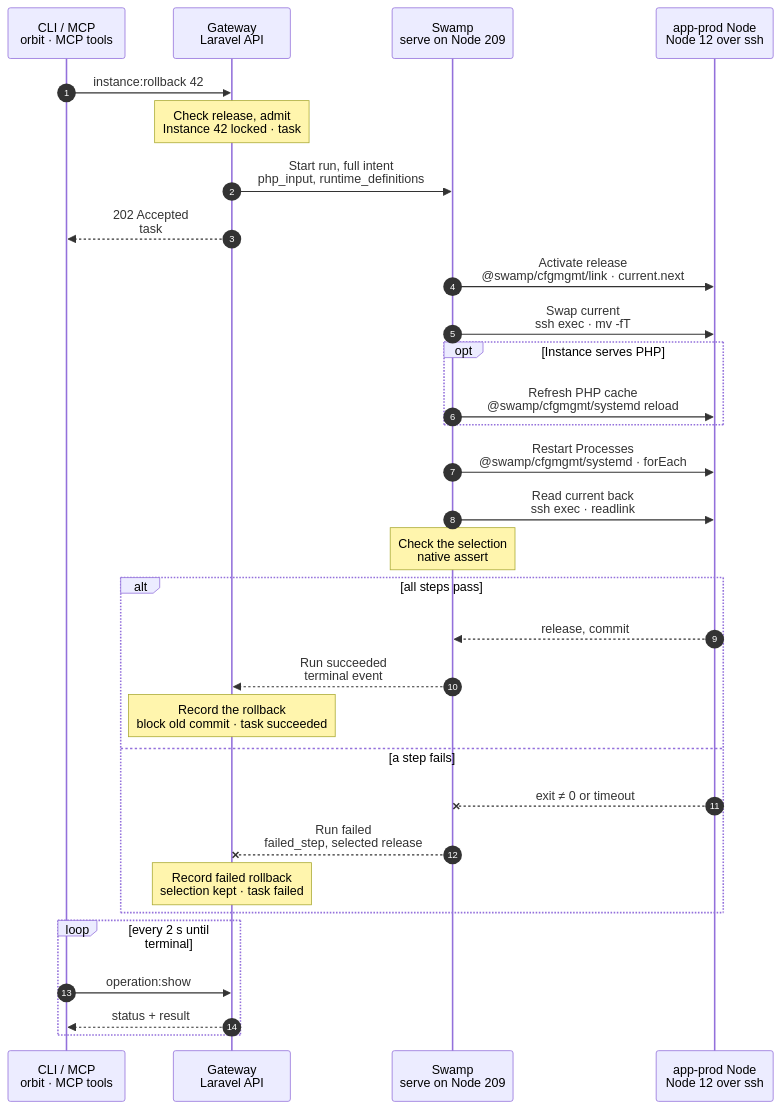
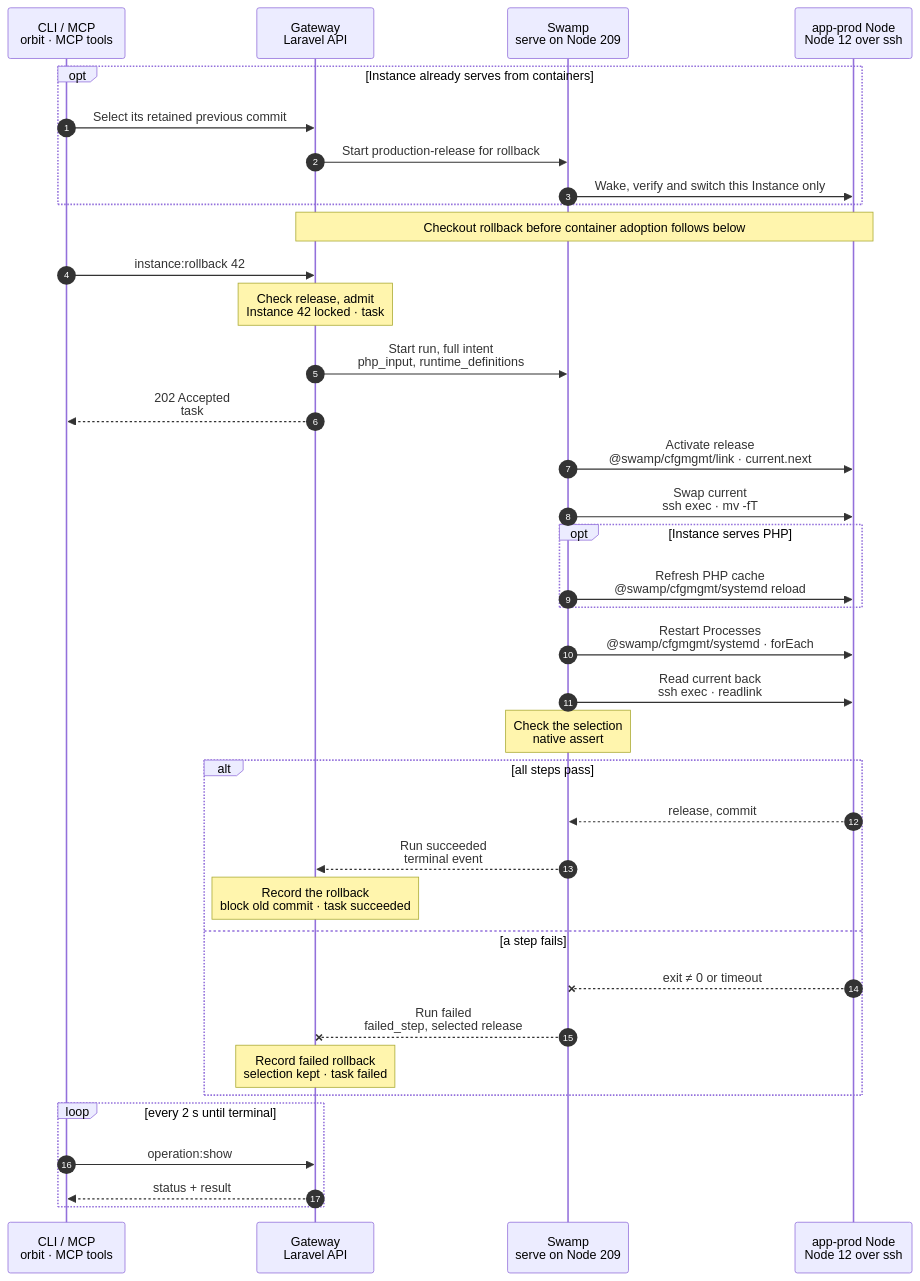
One commit to hardimpactdev/orbit changed the diagram in docs/cli/instance/rollback.mmd. Above: the diagram before and after it, drawn with Mermaid. The commit also changed 28 other files, not shown here.

```diff
--- a/docs/cli/instance/rollback.mmd
+++ b/docs/cli/instance/rollback.mmd
@@ -1,133 +1,140 @@
 sequenceDiagram
   %% Target design: ADR 0244 task + full intent as inputs, single-swamp-node; DECISIONS 4 / R1-R4 (process.stop shape), round 2 (admit instead of refuse; php_input and runtime_definitions as inputs), 3 (rollback removes the auto-deploy schedule); rule 7 (reload over restart, restart_on_deploy only). docs/reference/deployments.md#roll-back.
   %% Tightened: flow-tighten 2026-11-02, rules 5, 16, 22 (no release read: the Gateway records retained releases and holds the Instance lock; cfgmgmt link/systemd).
   %% status: migrated
   %% command: instance:rollback
   %% kind: instance.rollback
   autonumber
   %% lane CLI icon=terminal pill=caller tone=gray
   %% lane GW icon=gateway pill=intent tone=blue
   %% lane SW icon=workflow pill=executes tone=green
   %% lane N icon=server pill=target tone=amber
   participant CLI as CLI / MCP<br/>orbit · MCP tools
   participant GW as Gateway<br/>Laravel API
   participant SW as Swamp<br/>serve on Node 209
   participant N as app-prod Node<br/>Node 12 over ssh
+  opt Instance already serves from containers
+    CLI->>GW: Select its retained previous commit
+    GW->>SW: Start production-release for rollback
+    SW->>N: Wake, verify and switch this Instance only
+    %%> Full flow: /cli/instance/container/rollback-production
+  end
+  Note over GW,N: Checkout rollback before container adoption follows below
   CLI->>GW: instance:rollback 42
   %%> Command:
   %%> - `orbit instance:rollback 42 --release=20261030T101500Z`
   %%> - syntax: `<instance> --release=NAME [--idempotency-key=KEY] [--json]`
   %%> Input:
   %%> - the Instance, and one retained release name from `instance:release:list 42`
   %%> Who can call it:
   %%> - the `orbit` CLI and the MCP tool send the same request
   %%> Required input:
   %%> - `--release=NAME` is mandatory; omission returns `deployment.release_required` before admission
   Note over GW: Check release, admit<br/>Instance 42 locked · task #5151
   %%> Requirements:
   %%> - your Node has an access grant to Node 12
   %%> - Instance 42 is a production Instance; else `deployment_config.unavailable`
   %%> - Instance 42 retains release `20261030T101500Z`; else `rollback.release_not_retained` and nothing changes
   %%> - no started operation holds Instance 42; else `operation.target_busy`
   %%> Wins over:
   %%> - a deploy that no worker has started; it ends `cancelled` with `operation.superseded`
   %%> Freezes:
   %%> - `php_input`: the PHP runtime and pool of Instance 42
   %%> - `runtime_definitions`: its Process and Schedule definitions
   %%> - the account `orbit-app-7` and its home
   %%> Result:
   %%> - deployment 89 recorded as a running rollback; task #5151 recorded with the full intent
   %%> - automatic deployment pauses, and its schedule is removed
   GW->>SW: Start run, full intent<br/>php_input, runtime_definitions
   %%> What it does:
   %%> - starts one run of `operation-instance-rollback` on Swamp serve (Node 209); every step runs there
   %%> Inputs:
   %%> - Node 12's address and SSH host keys; the SSH identity comes from the `swamp` role
   %%> - the release name, `php_input` and `runtime_definitions`
   %%> Not included:
   %%> - no GitHub token and no `.env`: a rollback fetches nothing and writes no environment
   %%> Budget:
   %%> - 900 s
   GW-->>CLI: 202 Accepted<br/>task #5151
   %%> What you get:
   %%> - the task number, at once
   %%> Next:
   %%> - the CLI follows the task until it ends
   SW->>N: Activate release<br/>@swamp/cfgmgmt/link · current.next
   %%> How:
   %%> - Swamp reaches Node 12 over `@swamp/ssh` from 209 with `@swamp/cfgmgmt/link`; nothing is copied to the Node
   %%> Why no read first:
   %%> - the Gateway's retained-release records come from deploy results, and Instance 42's lock keeps a deploy's cleanup from removing the release meanwhile
   %%> What it does:
   %%> - adds each served application's missing `.env` link in the release
   %%> - writes `current.next`, owned by `orbit-app-7`, pointing at `releases/20261030T101500Z`
   %%> When a link fails:
   %%> - `current.next` is not written, and `current` keeps the old release
   SW->>N: Swap current<br/>ssh exec · mv -fT
   %%> What it does:
   %%> - renames `current.next` over `current` with one atomic rename, so `current` always exists
   %%> - the link keeps its owner
   %%> Cancel:
   %%> - a cancel before this step stops the rollback; after it, the rollback finishes
   opt Instance serves PHP
     SW->>N: Refresh PHP cache<br/>@swamp/cfgmgmt/systemd reload
     %%> What it does:
     %%> - converges the dedicated PHP-FPM pool from `php_input`
     %%> - reloads it gracefully, so running requests finish; then resets OPcache and waits for it
     %%> When a restart is needed:
     %%> - only when the pool's runtime itself differs, such as the PHP version
   end
   SW->>N: Restart Processes<br/>@swamp/cfgmgmt/systemd · forEach
   %%> What it does:
   %%> - installs `runtime_definitions`, in the `process.create` and `schedule.create` shape
   %%> - for each running Process with `restart_on_deploy`: reload when the Process allows it, else restart
   %%> Not included:
   %%> - Processes without `restart_on_deploy`, and stopped Processes, stay as they are
   %%> - no deploy step, no Git fetch, no database change
   SW->>N: Read current back<br/>ssh exec · readlink
   %%> What it does:
   %%> - reads the live `current` link on Node 12
   Note over SW: Check the selection<br/>native assert
   %%> What it does:
   %%> - checks the link read back is `releases/20261030T101500Z`
   %%> - each restarted Process was checked by its own restart
   alt all steps pass
     N-->>SW: release, commit
     %%> Returns:
     %%> - the selected release, its commit, and the restarted Processes
     SW-->>GW: Run succeeded<br/>terminal event
     %%> How the Gateway learns it:
     %%> - its shared run reader sees the terminal event; Swamp never calls the Gateway
     Note over GW: Record the rollback<br/>block old commit · task succeeded
     %%> Result:
     %%> - deployment 89 succeeds with the release and its commit
     %%> - the commit it moved away from is blocked for automatic deploys
     %%> - automatic deployment stays paused until `instance:auto-deploy:enable 42`
     %%> - task #5151 succeeds
   else a step fails
     N--xSW: exit ≠ 0 or timeout
     %%> When:
     %%> - the release is gone, a check or reload fails, SSH fails, or 900 s run out
     SW--xGW: Run failed<br/>failed_step, selected release
     %%> The Gateway reads:
     %%> - which step failed and its error code
     %%> - which release `current` selects now
     Note over GW: Record failed rollback<br/>selection kept · task failed
     %%> Result:
     %%> - deployment 89 is marked failed; task #5151 fails
     %%> - the old commit is still blocked, and automatic deployment stays paused
     %%> On the Node:
     %%> - a failure before activation keeps the old selection
     %%> - a failure after it keeps the rollback release selected
     %%> - Orbit restores no data; you own application recovery
     %%> Retry:
     %%> - run the same command again after a fix; it is a new task and safe to repeat
   end
   loop every 2 s until terminal
     CLI->>GW: operation:show #5151
     %%> What it does:
     %%> - asks for the task's status until it has ended
     GW-->>CLI: status + result
     %%> Returns:
     %%> - the current status, and the result once the task has ended
   end
```
